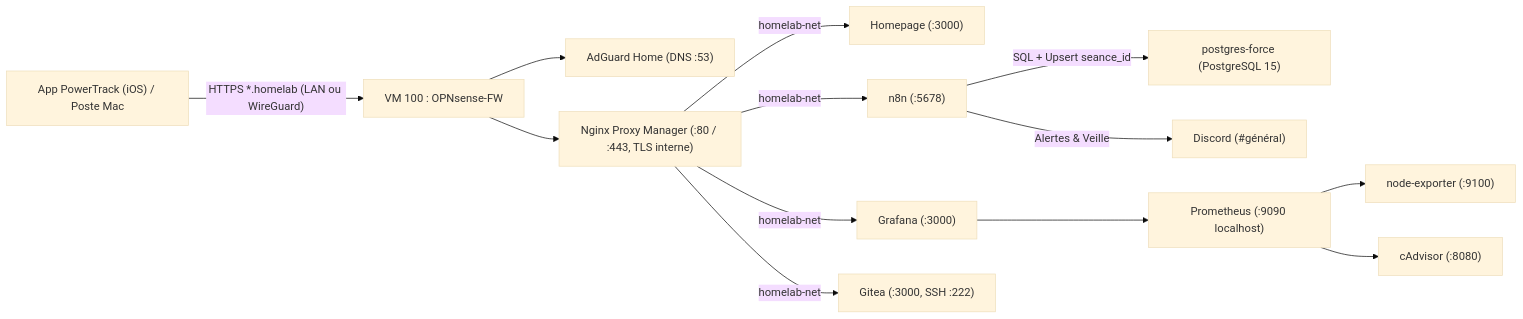
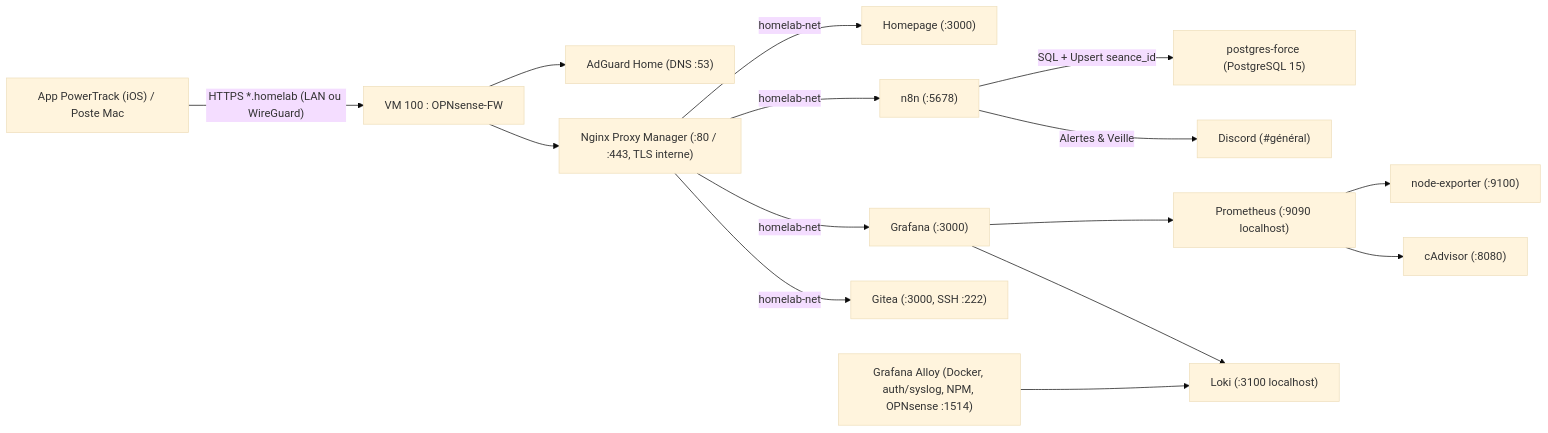
One commit to Ethan-Ruders/homelab changed the diagram in README.md. Above: the diagram before and after it, drawn with Mermaid (base theme). The commit also changed other lines of this file and 14 other files, not shown here.

Commit message:
feat(monitoring,security): add Loki, Grafana Alloy, Fail2ban and Discord security alerts

````diff
--- a/README.md
+++ b/README.md
@@ -11,15 +11,17 @@
 ```mermaid
 flowchart LR
     Client["App PowerTrack (iOS) / Poste Mac"] -->|"HTTPS *.homelab (LAN ou WireGuard)"| OPN["VM 100 : OPNsense-FW"]
     OPN --> AdGuard["AdGuard Home (DNS :53)"]
     OPN --> NPM["Nginx Proxy Manager (:80 / :443, TLS interne)"]
     NPM -->|"homelab-net"| Homepage["Homepage (:3000)"]
     NPM -->|"homelab-net"| N8N["n8n (:5678)"]
     NPM -->|"homelab-net"| Grafana["Grafana (:3000)"]
     NPM -->|"homelab-net"| Gitea["Gitea (:3000, SSH :222)"]
     N8N -->|"SQL + Upsert seance_id"| PG["postgres-force (PostgreSQL 15)"]
     N8N -->|"Alertes & Veille"| Discord["Discord (#général)"]
     Prom["Prometheus (:9090 localhost)"] --> NodeExp["node-exporter (:9100)"]
     Prom --> cAdvisor["cAdvisor (:8080)"]
+    Alloy["Grafana Alloy (Docker, auth/syslog, NPM, OPNsense :1514)"] --> Loki["Loki (:3100 localhost)"]
     Grafana --> Prom
+    Grafana --> Loki
 ```
````
